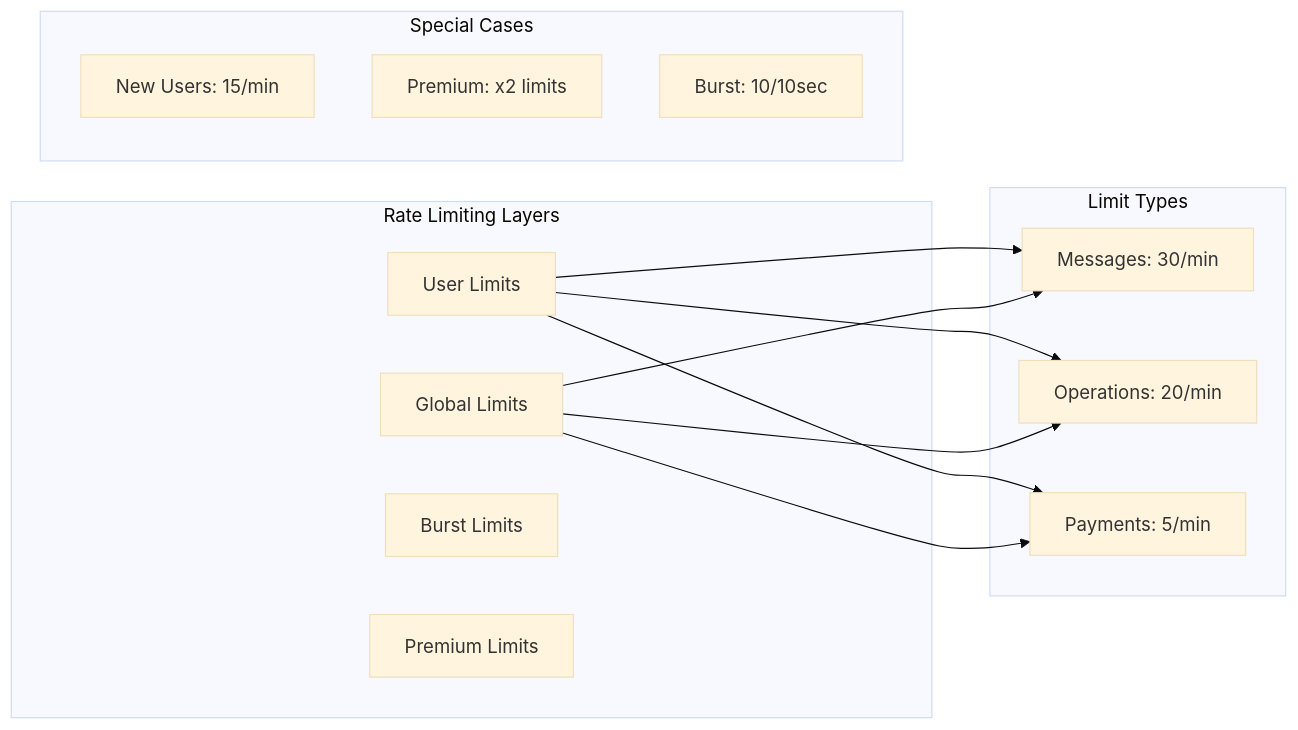
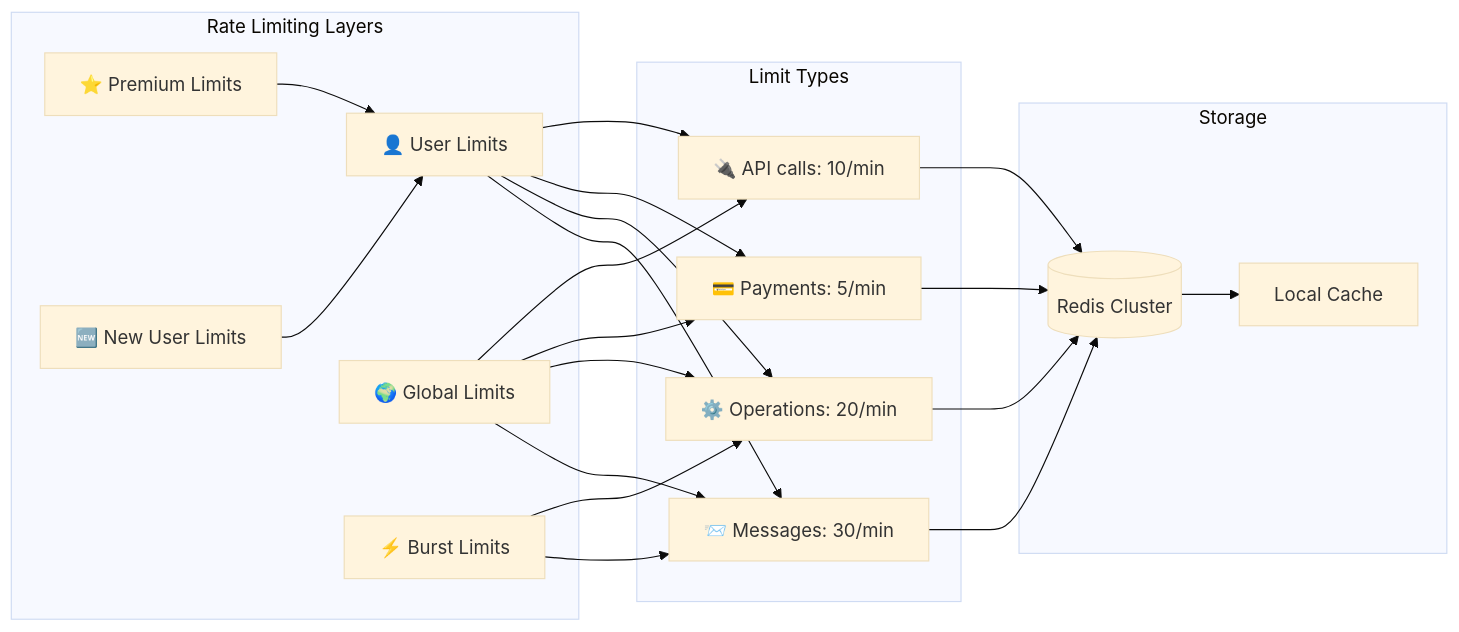
One commit to neKamita/Mirza-Telegram-Shop-Bot changed the sixth of 11 diagrams in README.md. Above: the diagram before and after it, drawn with Mermaid (base theme). The commit also changed other lines of this file and 7 other files, not shown here.

````diff
--- a/README.md
+++ b/README.md
@@ -725,30 +647,45 @@
 ```mermaid
 graph LR
     subgraph "Rate Limiting Layers"
-        UL[User Limits]
-        GL[Global Limits]
-        BL[Burst Limits]
-        PL[Premium Limits]
+        UL[👤 User Limits]
+        GL[🌍 Global Limits]
+        BL[⚡ Burst Limits]
+        PL[⭐ Premium Limits]
+        NL[🆕 New User Limits]
     end
 
     subgraph "Limit Types"
-        MSG[Messages: 30/min]
-        OPS[Operations: 20/min]
-        PAY[Payments: 5/min]
+        MSG[📨 Messages: 30/min]
+        OPS[⚙️ Operations: 20/min]
+        PAY[💳 Payments: 5/min]
+        API[🔌 API calls: 10/min]
     end
 
-    subgraph "Special Cases"
-        NEW[New Users: 15/min]
-        PREM[Premium: x2 limits]
-        BURST[Burst: 10/10sec]
+    subgraph "Storage"
+        REDIS[(Redis Cluster)]
+        LOCAL[Local Cache]
     end
 
     UL --> MSG
     UL --> OPS
     UL --> PAY
-    
+    UL --> API
+
     GL --> MSG
     GL --> OPS
     GL --> PAY
+    GL --> API
 
+    BL --> MSG
+    BL --> OPS
+
+    PL --> UL
+    NL --> UL
+
+    MSG --> REDIS
+    OPS --> REDIS
+    PAY --> REDIS
+    API --> REDIS
+
+    REDIS --> LOCAL
 ```
````
